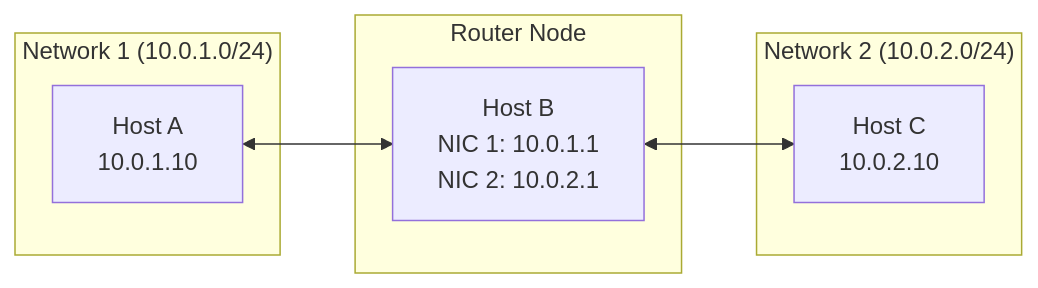
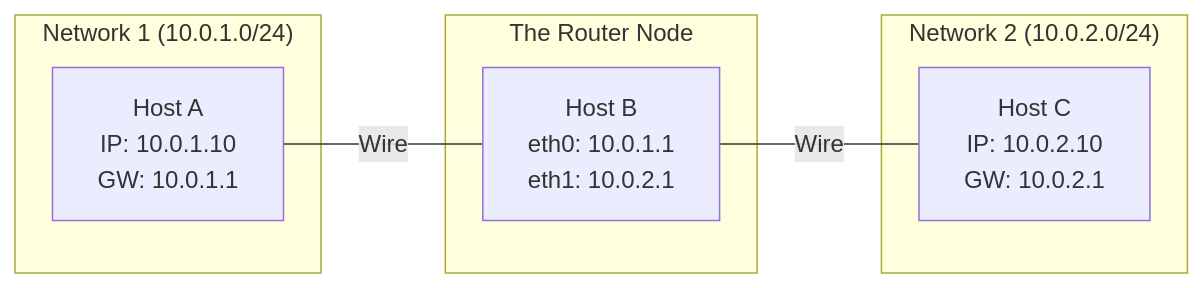
One commit to kvcenation5/cka-study-guide changed the first of 2 diagrams in docs/networking/ip-forward-routing.md. Above: the diagram before and after it, drawn with Mermaid. The commit also changed other lines of this file, not shown here.

Commit message:
Enhance IP forwarding guide with sysctl.conf details and packet flow diagram

````diff
--- a/docs/networking/ip-forward-routing.md
+++ b/docs/networking/ip-forward-routing.md
@@ -40,17 +50,17 @@
 ```mermaid
 graph LR
     subgraph "Network 1 (10.0.1.0/24)"
-    A[Host A<br/>10.0.1.10]
+    A["Host A<br/>IP: 10.0.1.10<br/>GW: 10.0.1.1"]
     end
     
-    subgraph "Router Node"
-    B[Host B<br/>NIC 1: 10.0.1.1<br/>NIC 2: 10.0.2.1]
+    subgraph "The Router Node"
+    B["Host B<br/>eth0: 10.0.1.1<br/>eth1: 10.0.2.1"]
     end
     
     subgraph "Network 2 (10.0.2.0/24)"
-    C[Host C<br/>10.0.2.10]
+    C["Host C<br/>IP: 10.0.2.10<br/>GW: 10.0.2.1"]
     end
 
-    A <--> B
-    B <--> C
+    A -- "Wire" --- B
+    B -- "Wire" --- C
 ```
````
